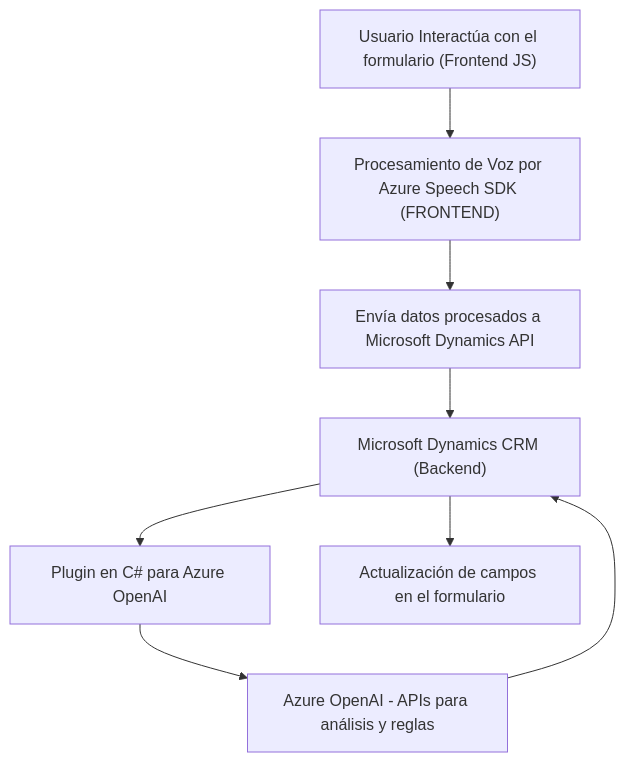
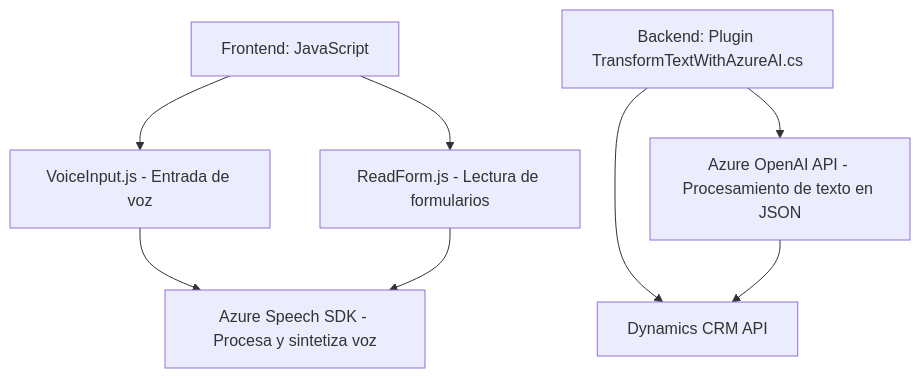
The diagram in README.md (blopezdm/NETCORE_BILBAO2025), drawn with Mermaid before and after one commit. The commit also changed other lines of this file, not shown here.

Commit message:
Actualizar análisis global de la solución con IA

````diff
--- a/README.md
+++ b/README.md
@@ -39,18 +42,17 @@
 ```mermaid
 graph TD
-    A["Usuario Interactúa con el formulario (Frontend JS)"]
-    B["Procesamiento de Voz por Azure Speech SDK (FRONTEND)"]
-    C["Envía datos procesados a Microsoft Dynamics API"]
-    D["Microsoft Dynamics CRM (Backend)"]
-    E["Plugin en C# para Azure OpenAI"]
-    F["Azure OpenAI - APIs para análisis y reglas"]
-    G["Actualización de campos en el formulario"]
-
+    A["Frontend: JavaScript"]
+    B["VoiceInput.js - Entrada de voz"]
+    C["ReadForm.js - Lectura de formularios"]
     A --> B
-    B --> C
+    A --> C
+    D["Azure Speech SDK - Procesa y sintetiza voz"]
+    B --> D
     C --> D
-    D --> E
+    E["Backend: Plugin TransformTextWithAzureAI.cs"]
+    F["Dynamics CRM API"]
+    G["Azure OpenAI API - Procesamiento de texto en JSON"]
     E --> F
-    F --> D
-    D --> G
+    E --> G
+    G --> F
 ```
````
